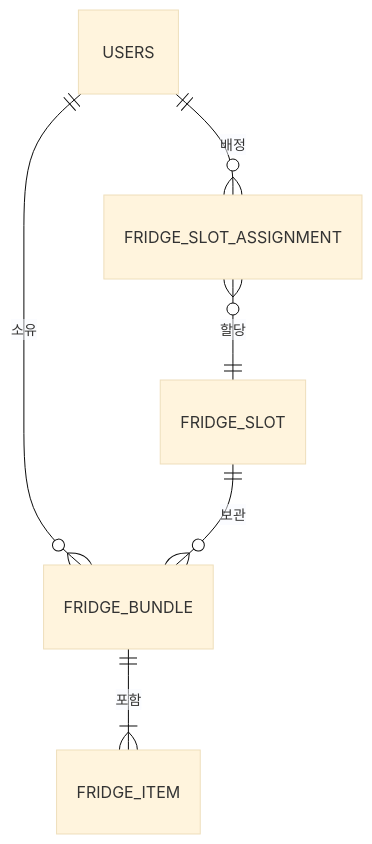
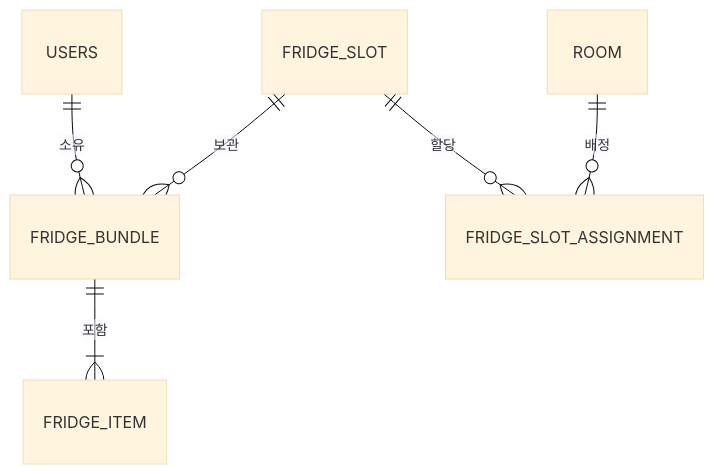
Before and after one commit to hihi213/dormmate_rebuild: the diagram in docs/10_Workspace/🚩 Phase 1 물품 관리 (Inventory).md, drawn with Mermaid (base theme). The commit also changed other lines of this file and 6 other files, not shown here.

````diff
--- a/docs/10_Workspace/🚩 Phase 1 물품 관리 (Inventory).md
+++ b/docs/10_Workspace/🚩 Phase 1 물품 관리 (Inventory).md
@@ -53,8 +56,14 @@
 ```mermaid
 erDiagram
-    USERS ||--o{ FRIDGE_SLOT_ASSIGNMENT : "배정"
-    FRIDGE_SLOT_ASSIGNMENT }o--|| FRIDGE_SLOT : "할당"
     USERS ||--o{ FRIDGE_BUNDLE : "소유"
     FRIDGE_SLOT ||--o{ FRIDGE_BUNDLE : "보관"
     FRIDGE_BUNDLE ||--|{ FRIDGE_ITEM : "포함"
+
+    ROOM ||--o{ FRIDGE_SLOT_ASSIGNMENT : "배정"
+    FRIDGE_SLOT ||--o{ FRIDGE_SLOT_ASSIGNMENT : "할당"
+
+    %% Phase3(Inspection)에서 활성화 예정
+    %% USERS ||--o{ FRIDGE_SLOT_INSPECTION_PERMISSION : "검사권한"
+    %% FRIDGE_SLOT ||--o{ FRIDGE_SLOT_INSPECTION_PERMISSION : "검사권한"
+
 ```
````
